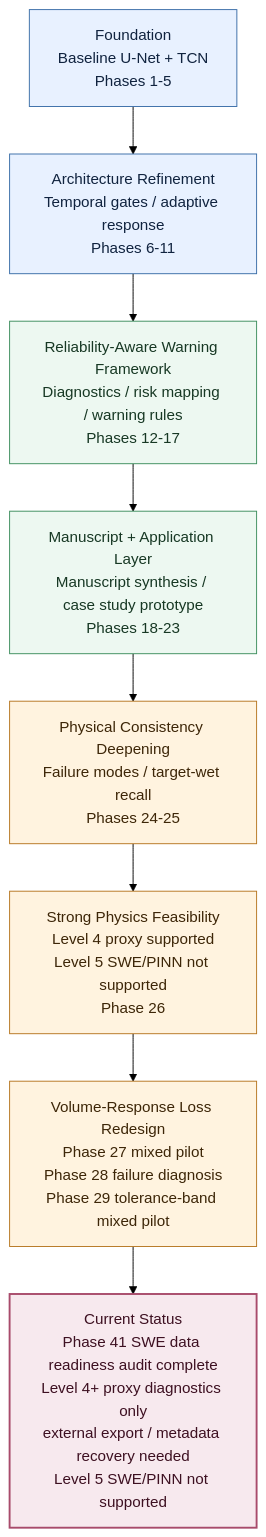
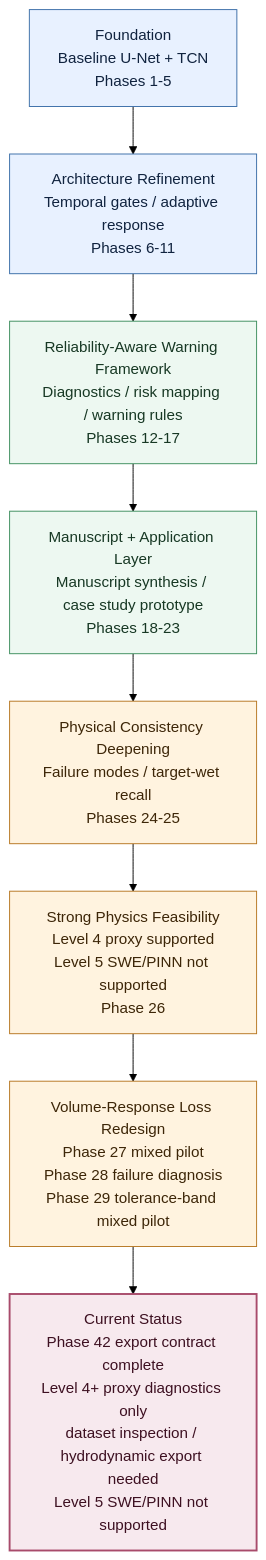
The second of 3 diagrams in README.md (HolyLin990604/physics-guided-urban-flood-prediction), drawn with Mermaid (forest theme) before and after one commit. The commit also changed other lines of this file and 2 other files, not shown here.

Commit message:
docs: sync phase42 hydrodynamic export requirement status

````diff
--- a/README.md
+++ b/README.md
@@ -28,18 +28,18 @@
 ```mermaid
 flowchart TB
     A["Foundation<br/>Baseline U-Net + TCN<br/>Phases 1-5"]:::foundation
     B["Architecture Refinement<br/>Temporal gates / adaptive response<br/>Phases 6-11"]:::foundation
     C["Reliability-Aware Warning Framework<br/>Diagnostics / risk mapping / warning rules<br/>Phases 12-17"]:::reliability
     D["Manuscript + Application Layer<br/>Manuscript synthesis / case study prototype<br/>Phases 18-23"]:::reliability
     E["Physical Consistency Deepening<br/>Failure modes / target-wet recall<br/>Phases 24-25"]:::physics
     F["Strong Physics Feasibility<br/>Level 4 proxy supported<br/>Level 5 SWE/PINN not supported<br/>Phase 26"]:::physics
     G["Volume-Response Loss Redesign<br/>Phase 27 mixed pilot<br/>Phase 28 failure diagnosis<br/>Phase 29 tolerance-band mixed pilot"]:::physics
-    H["Current Status<br/>Phase 41 SWE data readiness audit complete<br/>Level 4+ proxy diagnostics only<br/>external export / metadata recovery needed<br/>Level 5 SWE/PINN not supported"]:::current
+    H["Current Status<br/>Phase 42 export contract complete<br/>Level 4+ proxy diagnostics only<br/>dataset inspection / hydrodynamic export needed<br/>Level 5 SWE/PINN not supported"]:::current
 
     A --> B --> C --> D --> E --> F --> G --> H
 
     classDef foundation fill:#e8f1ff,stroke:#3b6ea8,stroke-width:1px,color:#10233f
     classDef reliability fill:#edf8f1,stroke:#3f8f5f,stroke-width:1px,color:#173824
     classDef physics fill:#fff3df,stroke:#b77722,stroke-width:1px,color:#3d2608
     classDef current fill:#f7e9ee,stroke:#a84b6b,stroke-width:2px,color:#3d1021
 ```
````
